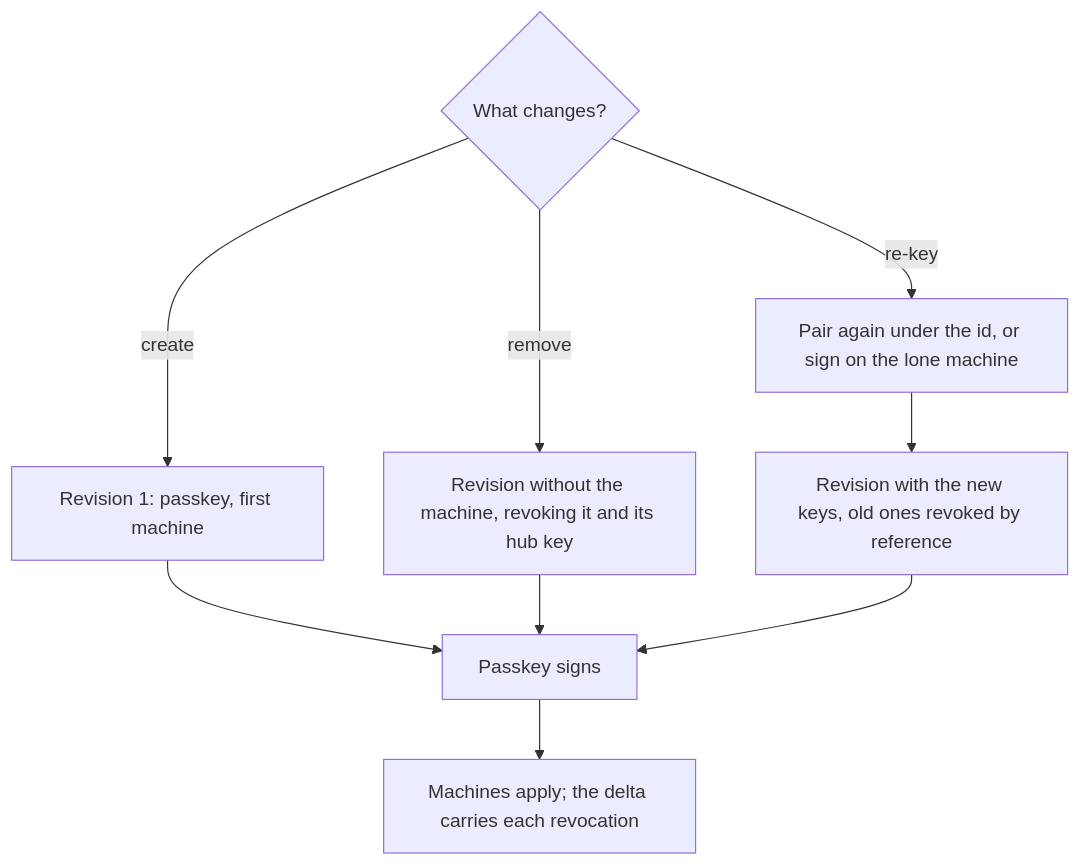
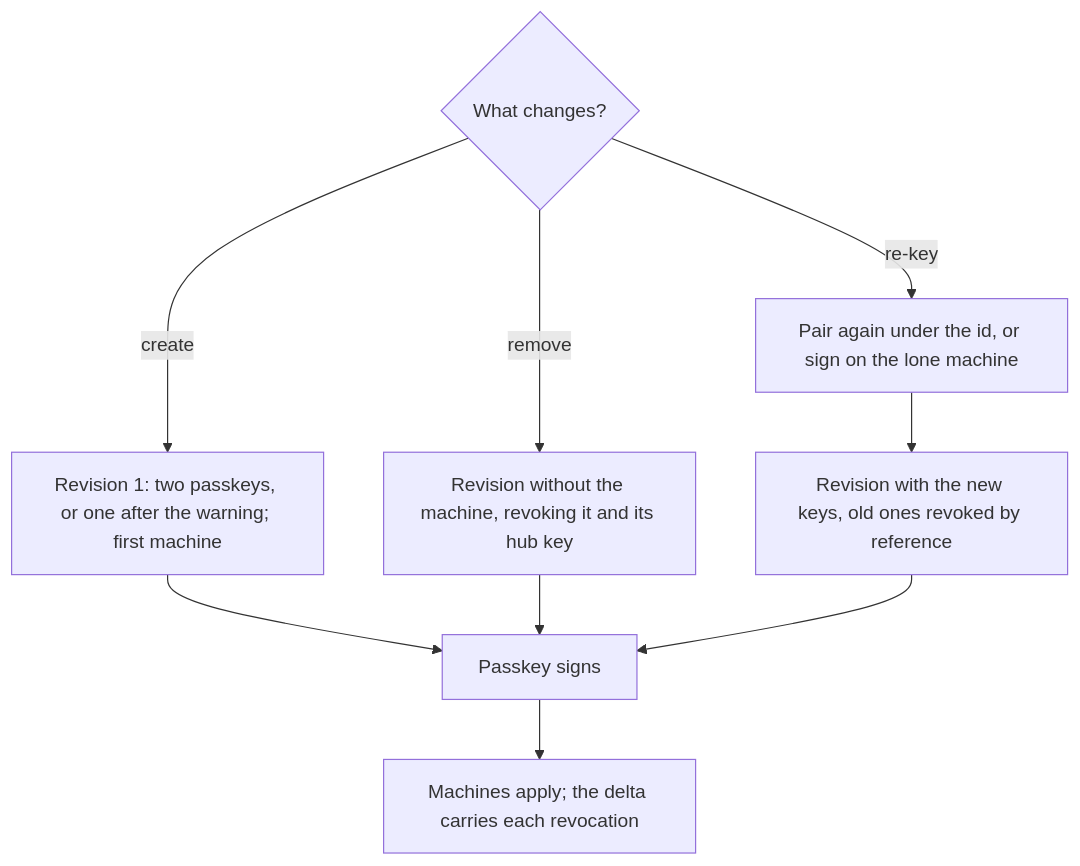
One commit to passioncode-ai/fabric-agent-contract changed diagram 20 of 27 in docs/ux/flows.md. Above: the diagram before and after it, drawn with Mermaid. The commit also changed other lines of this file and 13 other files, not shown here.

````diff
--- a/docs/ux/flows.md
+++ b/docs/ux/flows.md
@@ -496,11 +496,11 @@
 ```mermaid
 flowchart TD
-  A{What changes?} -->|create| C[Revision 1: passkey, first machine]
+  A{What changes?} -->|create| C[Revision 1: two passkeys, or one after the warning; first machine]
   A -->|remove| R[Revision without the machine, revoking it and its hub key]
   A -->|re-key| K[Pair again under the id, or sign on the lone machine]
   K --> N[Revision with the new keys, old ones revoked by reference]
   C --> S[Passkey signs]
   R --> S
   N --> S
   S --> P[Machines apply; the delta carries each revocation]
 ```
````
